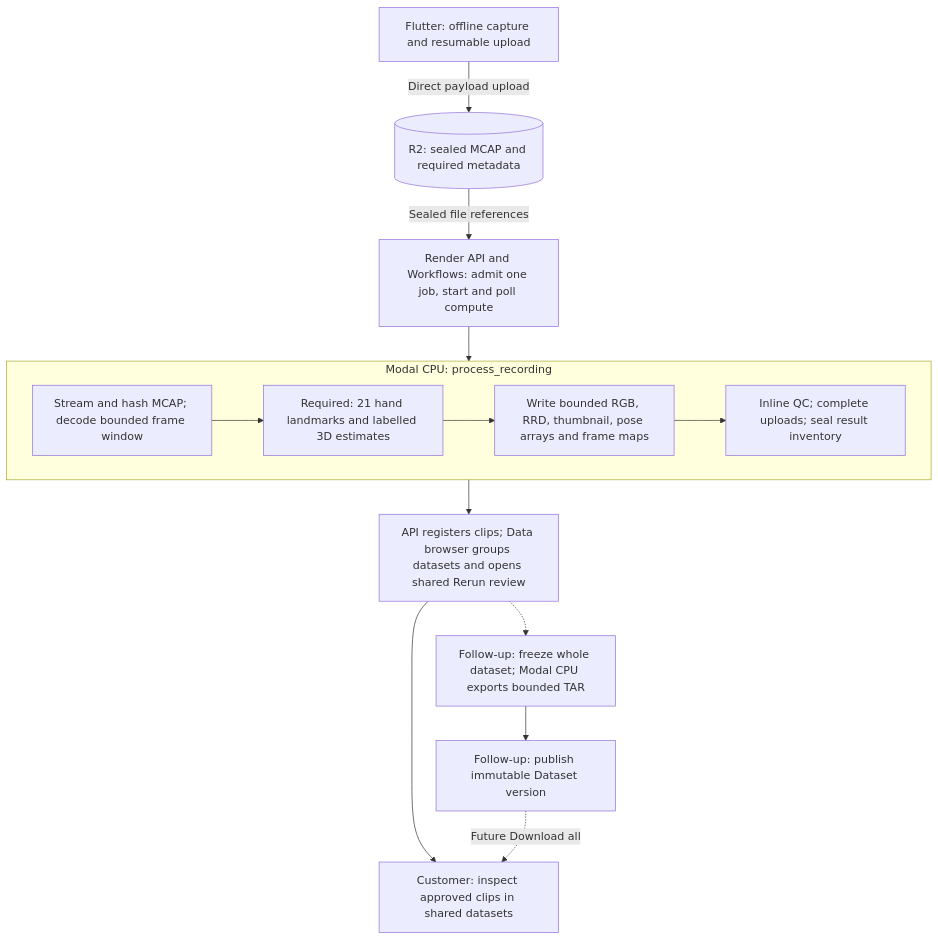
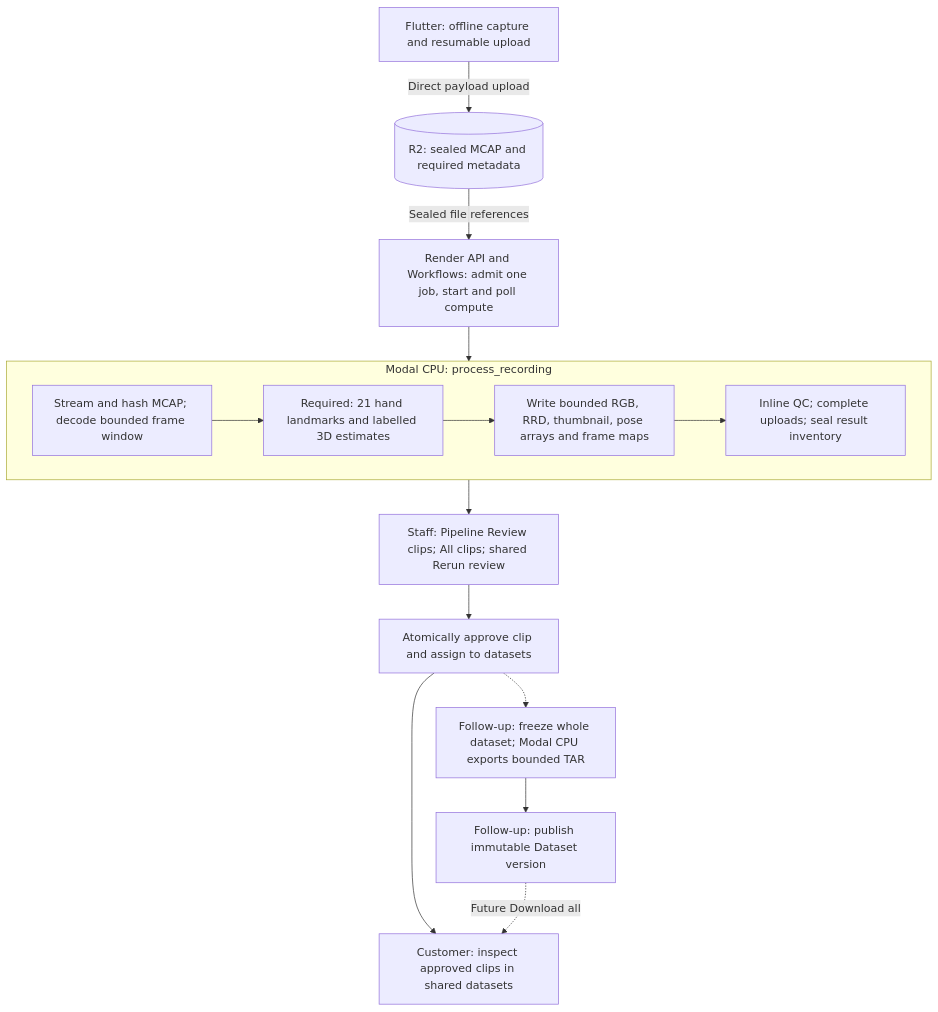
The diagram in docs/figures/processing-stages.md (StateAction-ai/stateaction), drawn with Mermaid before and after one commit. The commit also changed other lines of this file and 28 other files, not shown here.

Commit message:
docs: add Pipeline review entry and approved-only datasets

````diff
--- a/docs/figures/processing-stages.md
+++ b/docs/figures/processing-stages.md
@@ -5,23 +5,24 @@
 ```mermaid
 flowchart TD
     capture["Flutter: offline capture and resumable upload"]
     source[("R2: sealed MCAP and required metadata")]
     dispatch["Render API and Workflows: admit one job, start and poll compute"]
     subgraph process["Modal CPU: process_recording"]
         extract["Stream and hash MCAP; decode bounded frame window"]
         hands["Required: 21 hand landmarks and labelled 3D estimates"]
         preview["Write bounded RGB, RRD, thumbnail, pose arrays and frame maps"]
         qc["Inline QC; complete uploads; seal result inventory"]
         extract --> hands --> preview --> qc
     end
-    review["API registers clips; Data browser groups datasets and opens shared Rerun review"]
+    review["Staff: Pipeline Review clips; All clips; shared Rerun review"]
+    datasets["Atomically approve clip and assign to datasets"]
     export["Follow-up: freeze whole dataset; Modal CPU exports bounded TAR"]
     publish["Follow-up: publish immutable Dataset version"]
     customer["Customer: inspect approved clips in shared datasets"]
     capture -->|"Direct payload upload"| source
     source -->|"Sealed file references"| dispatch
     dispatch --> process
-    process --> review --> customer
-    review -.-> export --> publish
+    process --> review --> datasets --> customer
+    datasets -.-> export --> publish
     publish -.->|"Future Download all"| customer
 ```
````
